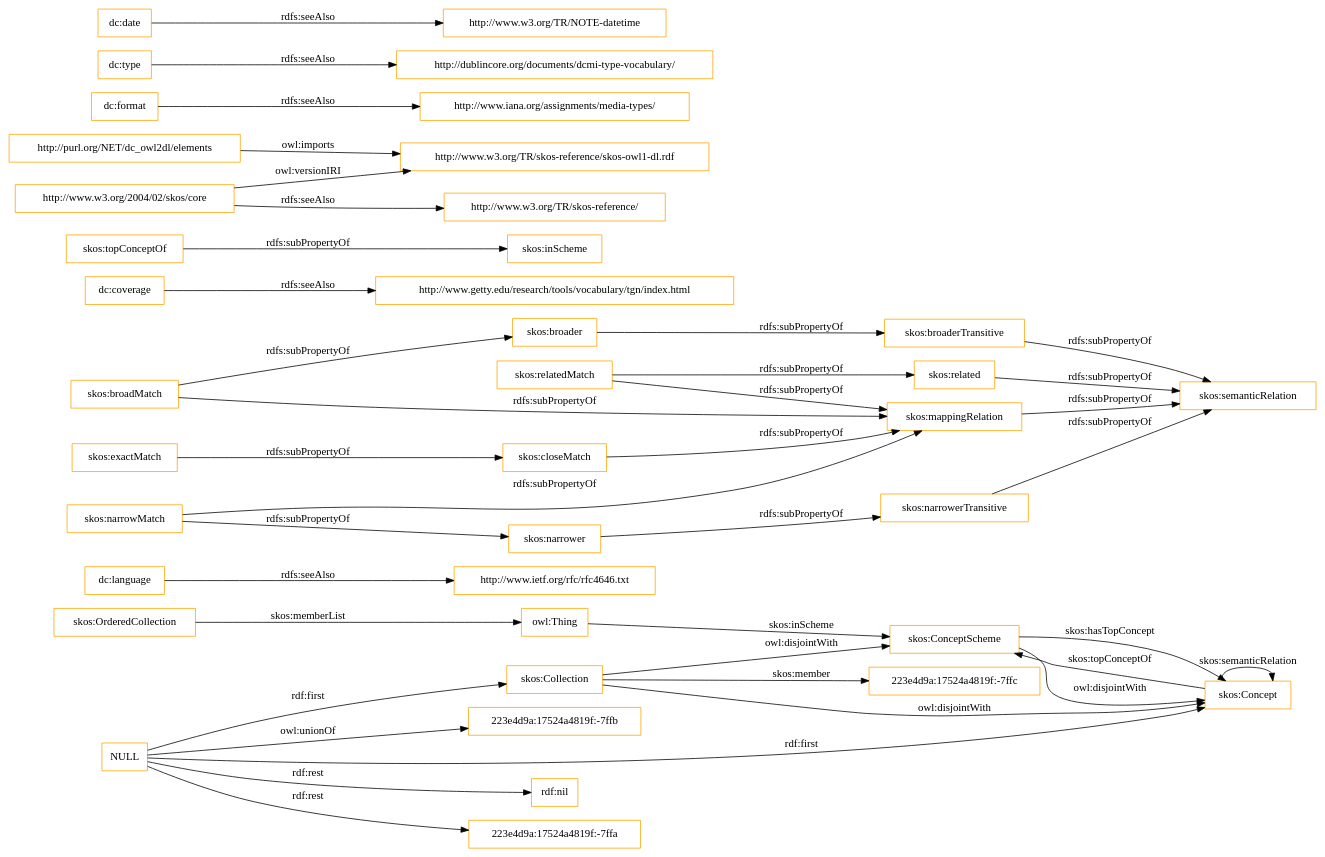
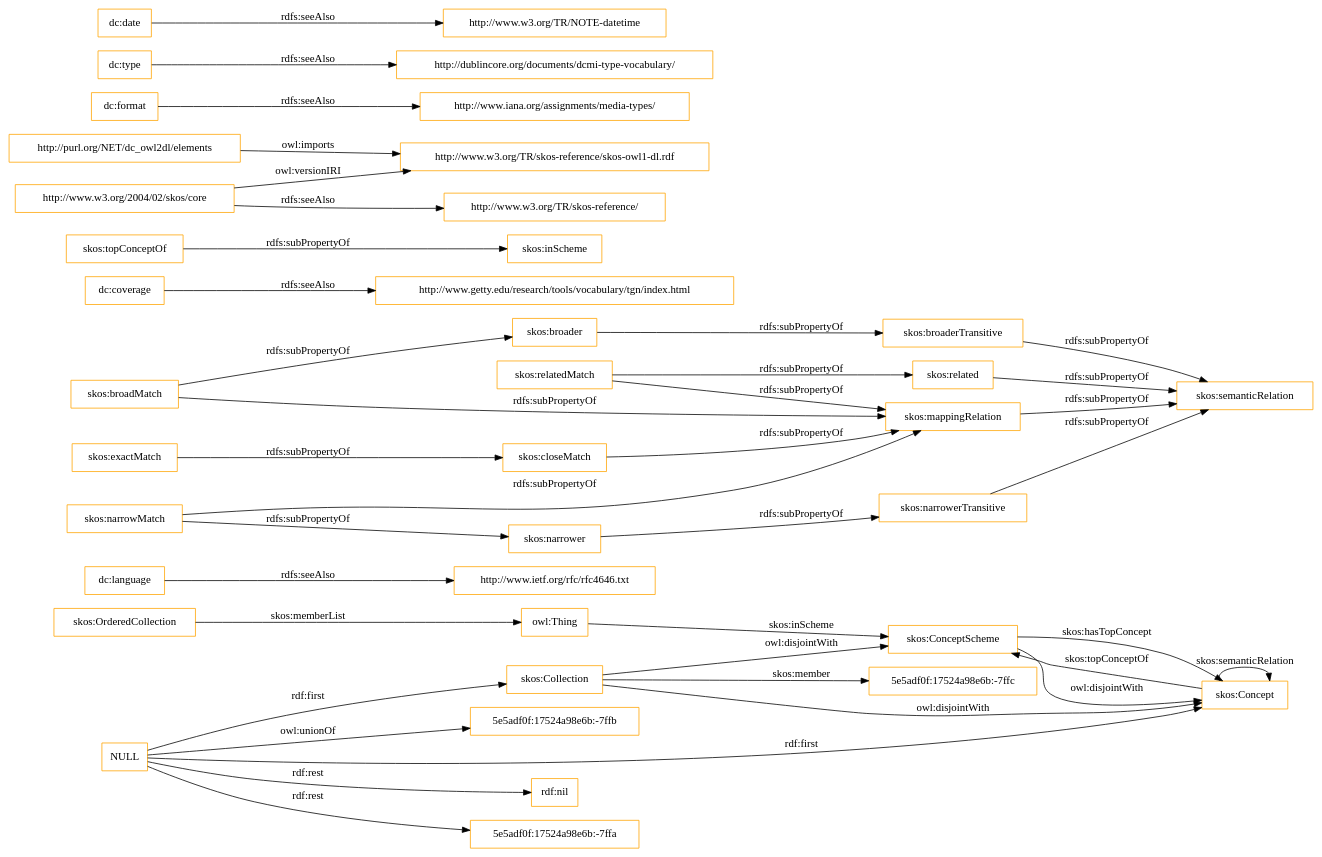
Before and after one commit to OnToologyUser/core-ontology-1: the diagram in OnToology/imports/elements.owl/diagrams/ar2dtool-class/elements.owl.png.dot, drawn with Graphviz. The commit also changed 14 other files, not shown here.

```diff
--- a/OnToology/imports/elements.owl/diagrams/ar2dtool-class/elements.owl.png.dot
+++ b/OnToology/imports/elements.owl/diagrams/ar2dtool-class/elements.owl.png.dot
@@ -1,43 +1,43 @@
 digraph ar2dtool_diagram { 
 rankdir=LR;
 size="1501"
-node [shape = rectangle, color="orange"]; "223e4d9a:17524a4819f:-7ffc" "skos:OrderedCollection" "skos:Collection" "skos:ConceptScheme" "skos:Concept" ; /*classes style*/
+node [shape = rectangle, color="orange"]; "5e5adf0f:17524a98e6b:-7ffc" "skos:OrderedCollection" "skos:Collection" "skos:ConceptScheme" "skos:Concept" ; /*classes style*/
 	"dc:language" -> "http://www.ietf.org/rfc/rfc4646.txt" [ label = "rdfs:seeAlso" ];
 	"NULL" -> "rdf:nil" [ label = "rdf:rest" ];
 	"NULL" -> "skos:Collection" [ label = "rdf:first" ];
-	"NULL" -> "223e4d9a:17524a4819f:-7ffa" [ label = "rdf:rest" ];
+	"NULL" -> "5e5adf0f:17524a98e6b:-7ffa" [ label = "rdf:rest" ];
 	"NULL" -> "skos:Concept" [ label = "rdf:first" ];
-	"NULL" -> "223e4d9a:17524a4819f:-7ffb" [ label = "owl:unionOf" ];
+	"NULL" -> "5e5adf0f:17524a98e6b:-7ffb" [ label = "owl:unionOf" ];
 	"skos:closeMatch" -> "skos:mappingRelation" [ label = "rdfs:subPropertyOf" ];
 	"dc:coverage" -> "http://www.getty.edu/research/tools/vocabulary/tgn/index.html" [ label = "rdfs:seeAlso" ];
 	"skos:relatedMatch" -> "skos:related" [ label = "rdfs:subPropertyOf" ];
 	"skos:relatedMatch" -> "skos:mappingRelation" [ label = "rdfs:subPropertyOf" ];
 	"skos:ConceptScheme" -> "skos:Concept" [ label = "owl:disjointWith" ];
 	"skos:related" -> "skos:semanticRelation" [ label = "rdfs:subPropertyOf" ];
 	"skos:topConceptOf" -> "skos:inScheme" [ label = "rdfs:subPropertyOf" ];
 	"skos:broadMatch" -> "skos:broader" [ label = "rdfs:subPropertyOf" ];
 	"skos:broadMatch" -> "skos:mappingRelation" [ label = "rdfs:subPropertyOf" ];
 	"http://purl.org/NET/dc_owl2dl/elements" -> "http://www.w3.org/TR/skos-reference/skos-owl1-dl.rdf" [ label = "owl:imports" ];
 	"skos:exactMatch" -> "skos:closeMatch" [ label = "rdfs:subPropertyOf" ];
 	"dc:format" -> "http://www.iana.org/assignments/media-types/" [ label = "rdfs:seeAlso" ];
 	"skos:broaderTransitive" -> "skos:semanticRelation" [ label = "rdfs:subPropertyOf" ];
 	"dc:type" -> "http://dublincore.org/documents/dcmi-type-vocabulary/" [ label = "rdfs:seeAlso" ];
 	"skos:broader" -> "skos:broaderTransitive" [ label = "rdfs:subPropertyOf" ];
 	"skos:mappingRelation" -> "skos:semanticRelation" [ label = "rdfs:subPropertyOf" ];
 	"http://www.w3.org/2004/02/skos/core" -> "http://www.w3.org/TR/skos-reference/skos-owl1-dl.rdf" [ label = "owl:versionIRI" ];
 	"http://www.w3.org/2004/02/skos/core" -> "http://www.w3.org/TR/skos-reference/" [ label = "rdfs:seeAlso" ];
 	"skos:Collection" -> "skos:ConceptScheme" [ label = "owl:disjointWith" ];
 	"skos:Collection" -> "skos:Concept" [ label = "owl:disjointWith" ];
 	"skos:narrowMatch" -> "skos:narrower" [ label = "rdfs:subPropertyOf" ];
 	"skos:narrowMatch" -> "skos:mappingRelation" [ label = "rdfs:subPropertyOf" ];
 	"skos:narrower" -> "skos:narrowerTransitive" [ label = "rdfs:subPropertyOf" ];
 	"dc:date" -> "http://www.w3.org/TR/NOTE-datetime" [ label = "rdfs:seeAlso" ];
 	"skos:narrowerTransitive" -> "skos:semanticRelation" [ label = "rdfs:subPropertyOf" ];
 	"skos:OrderedCollection" -> "owl:Thing" [ label = "skos:memberList" ];
 	"skos:Concept" -> "skos:ConceptScheme" [ label = "skos:topConceptOf" ];
 	"skos:Concept" -> "skos:Concept" [ label = "skos:semanticRelation" ];
-	"skos:Collection" -> "223e4d9a:17524a4819f:-7ffc" [ label = "skos:member" ];
+	"skos:Collection" -> "5e5adf0f:17524a98e6b:-7ffc" [ label = "skos:member" ];
 	"skos:ConceptScheme" -> "skos:Concept" [ label = "skos:hasTopConcept" ];
 	"owl:Thing" -> "skos:ConceptScheme" [ label = "skos:inScheme" ];
 
 }
```
